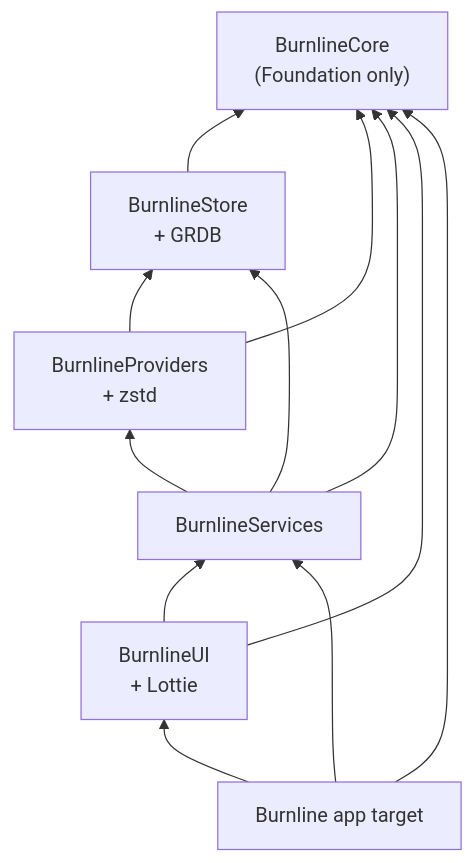
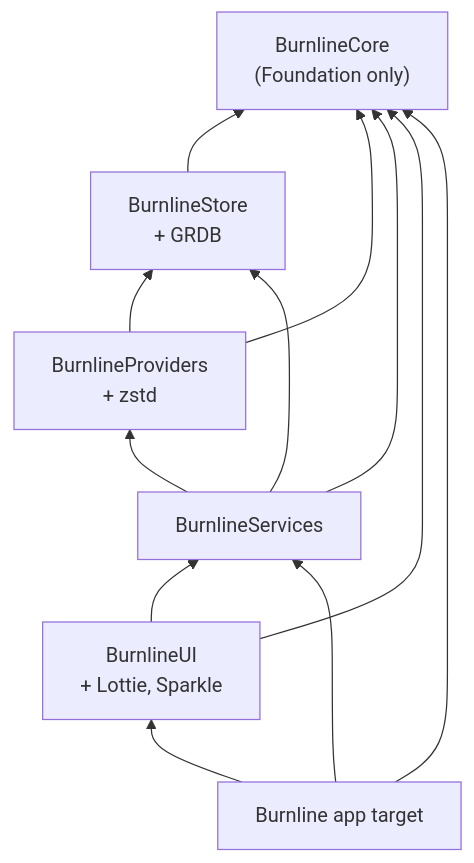
Before and after one commit to igharsha7/Burnline-AI-Usage-Tracker: the second of 4 diagrams in docs/architecture.md, drawn with Mermaid. The commit also changed other lines of this file and 40 other files, not shown here.

````diff
--- a/docs/architecture.md
+++ b/docs/architecture.md
@@ -107,21 +107,21 @@
 ```mermaid
 flowchart BT
     Core["BurnlineCore<br/>(Foundation only)"]
     Store["BurnlineStore<br/>+ GRDB"]
     Providers["BurnlineProviders<br/>+ zstd"]
     Services["BurnlineServices"]
-    UI["BurnlineUI<br/>+ Lottie"]
+    UI["BurnlineUI<br/>+ Lottie, Sparkle"]
     App["Burnline app target"]
 
     Store --> Core
     Providers --> Core
     Providers --> Store
     Services --> Core
     Services --> Store
     Services --> Providers
     UI --> Core
     UI --> Services
     App --> Core
     App --> Services
     App --> UI
 ```
````
